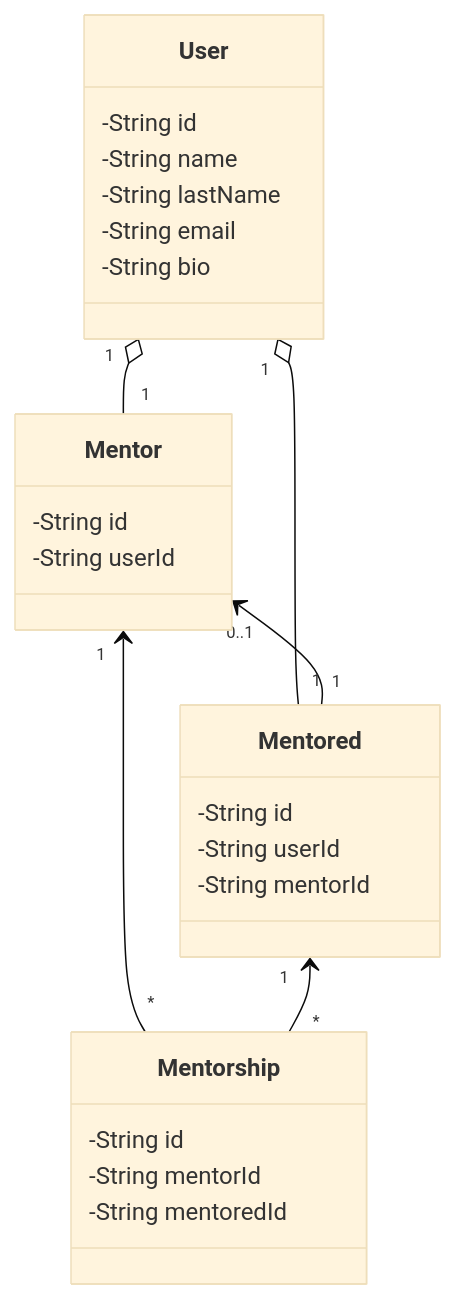
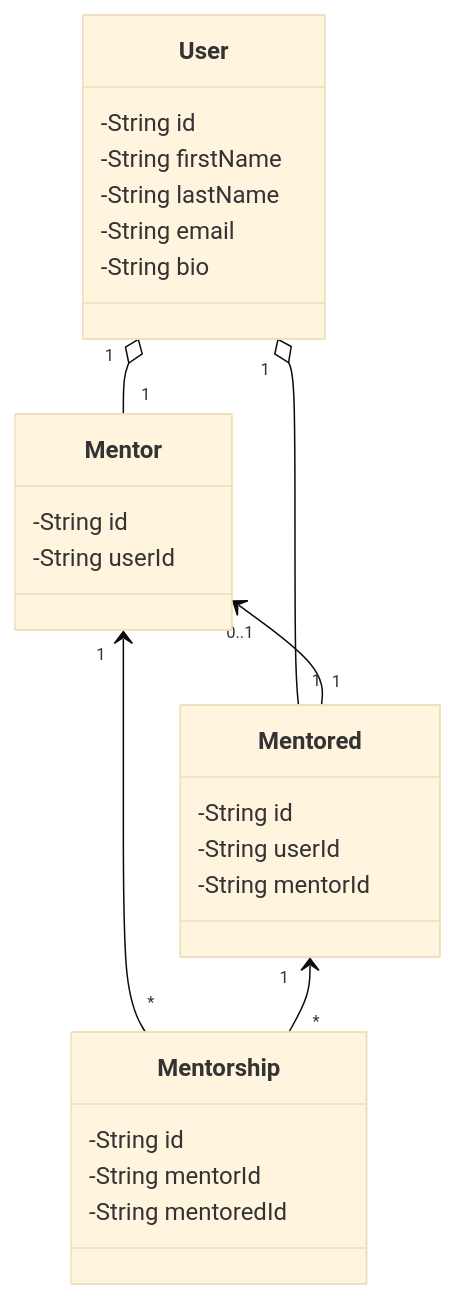
One commit to devtorello/meent changed the diagram in docs/architecture.md. Above: the diagram before and after it, drawn with Mermaid (base theme). The commit also changed 4 other files, not shown here.

````diff
--- a/docs/architecture.md
+++ b/docs/architecture.md
@@ -11,29 +11,29 @@
 ```mermaid
 classDiagram
     class User {
         -String id
-        -String name
+        -String firstName
         -String lastName
         -String email
         -String bio
     }
     class Mentor {
         -String id
         -String userId
     }
     class Mentored {
         -String id
         -String userId
         -String mentorId
     }
     class Mentorship {
         -String id
         -String mentorId
         -String mentoredId
     }
     User "1" o-- "1" Mentor
     User "1" o-- "1" Mentored
     Mentor "0..1" <-- "1" Mentored
     Mentor "1" <-- "*" Mentorship
     Mentored "1" <-- "*" Mentorship
 ```
````
